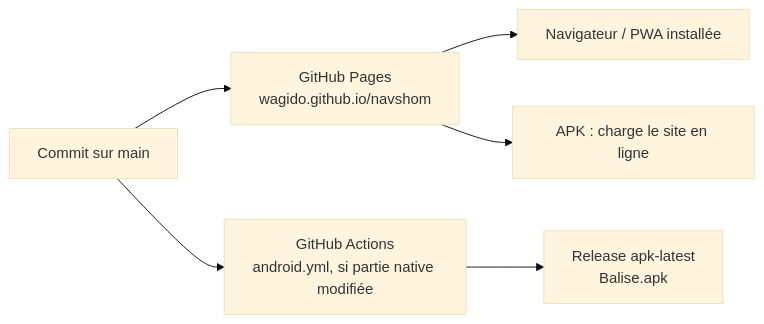
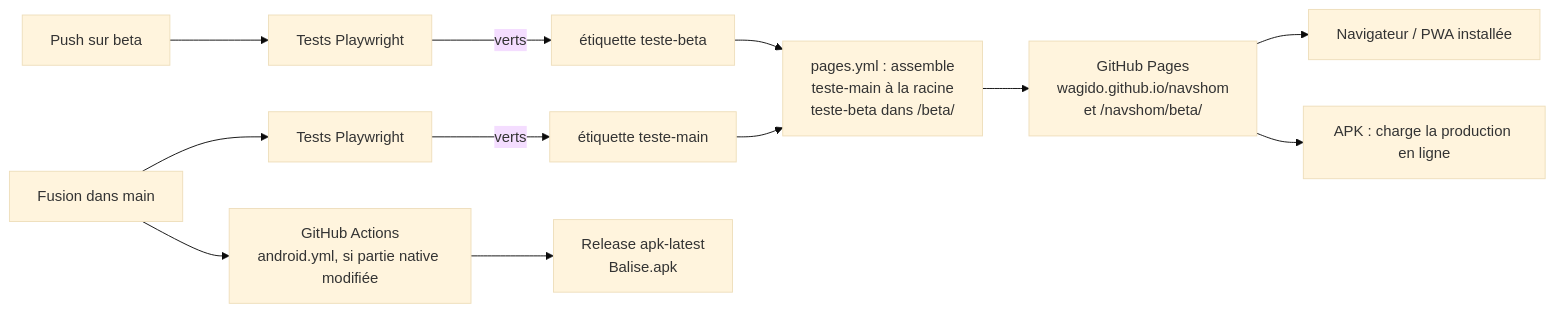
The second of 2 diagrams in docs/ARCHITECTURE.md (Wagido/navshom), drawn with Mermaid (base theme) before and after one commit. The commit also changed other lines of this file and 15 other files, not shown here.

First line of the commit message:
Site de test /beta/ et tests automatiques avant publication

````diff
--- a/docs/ARCHITECTURE.md
+++ b/docs/ARCHITECTURE.md
@@ -254,8 +266,14 @@
 ```mermaid
 flowchart LR
-  Dev[Commit sur main] --> Pages[GitHub Pages<br/>wagido.github.io/navshom]
-  Dev --> CI[GitHub Actions<br/>android.yml, si partie native modifiée]
+  Beta[Push sur beta] --> TB[Tests Playwright]
+  TB -->|verts| TagB[étiquette teste-beta]
+  Main[Fusion dans main] --> TM[Tests Playwright]
+  TM -->|verts| TagM[étiquette teste-main]
+  TagB --> Pub[pages.yml : assemble<br/>teste-main à la racine<br/>teste-beta dans /beta/]
+  TagM --> Pub
+  Pub --> Pages[GitHub Pages<br/>wagido.github.io/navshom<br/>et /navshom/beta/]
+  Main --> CI[GitHub Actions<br/>android.yml, si partie native modifiée]
   CI --> APK[Release apk-latest<br/>Balise.apk]
   Pages --> PWA[Navigateur / PWA installée]
-  Pages --> APKrun[APK : charge le site en ligne]
+  Pages --> APKrun[APK : charge la production en ligne]
 ```
````
